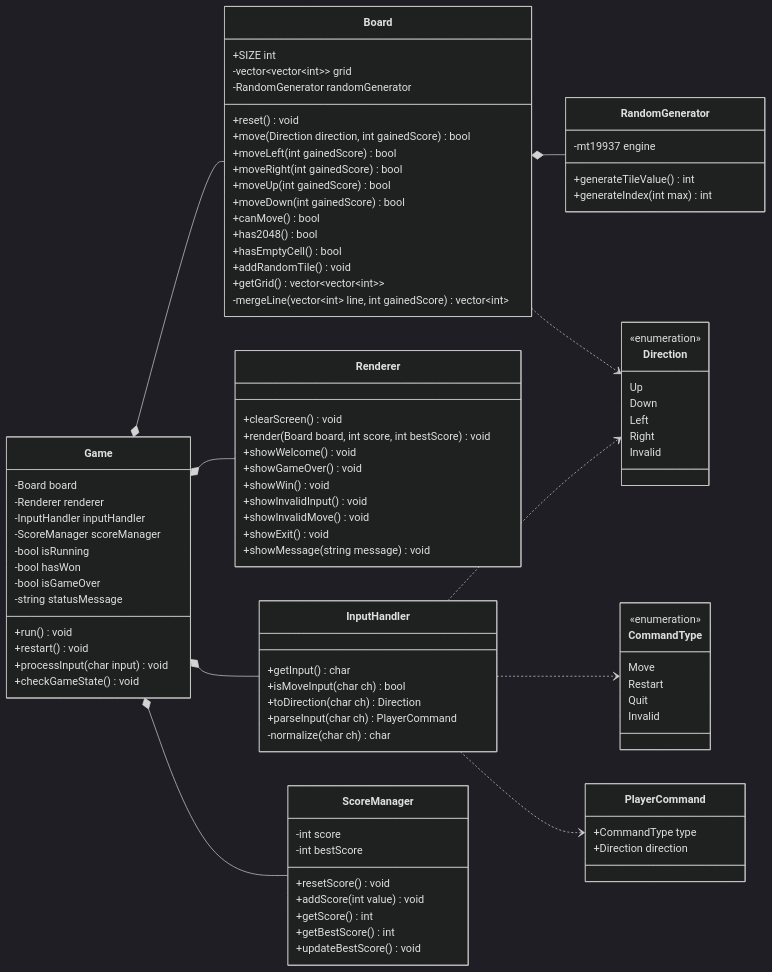
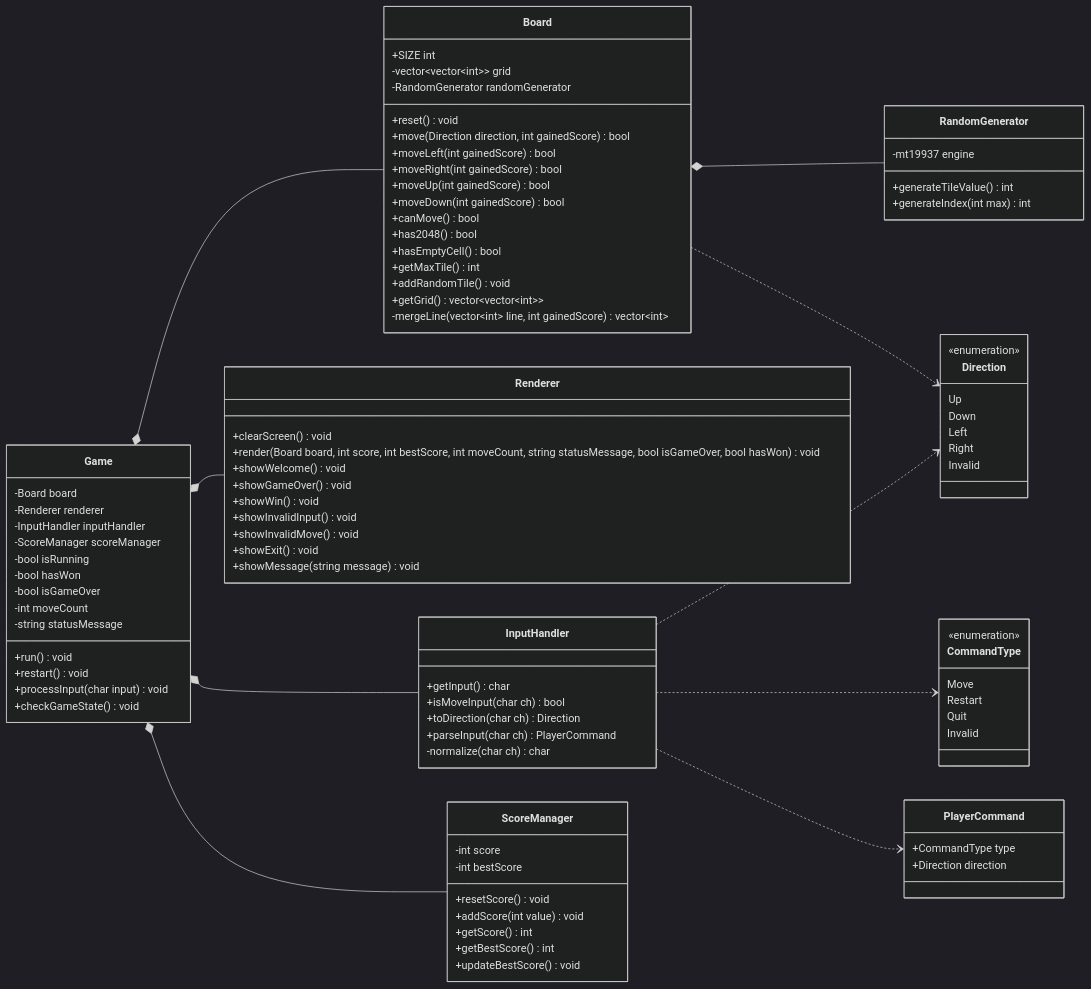
One commit to bushiAgoni/Game2048 changed the second of 3 diagrams in docs/项目设计文档.md. Above: the diagram before and after it, drawn with Mermaid (dark theme). The commit also changed other lines of this file and 10 other files, not shown here.

```diff
--- a/docs/项目设计文档.md
+++ b/docs/项目设计文档.md
@@ -284,6 +307,7 @@
     -bool isRunning
     -bool hasWon
     -bool isGameOver
+    -int moveCount
     -string statusMessage
     +run() void
     +restart() void
@@ -304,6 +328,7 @@
     +canMove() bool
     +has2048() bool
     +hasEmptyCell() bool
+    +getMaxTile() int
     +addRandomTile() void
     +getGrid() vector~vector~int~~
     -mergeLine(vector~int~ line, int gainedScore) vector~int~
@@ -311,7 +336,7 @@
 
 class Renderer {
     +clearScreen() void
-    +render(Board board, int score, int bestScore) void
+    +render(Board board, int score, int bestScore, int moveCount, string statusMessage, bool isGameOver, bool hasWon) void
     +showWelcome() void
     +showGameOver() void
     +showWin() void
```
